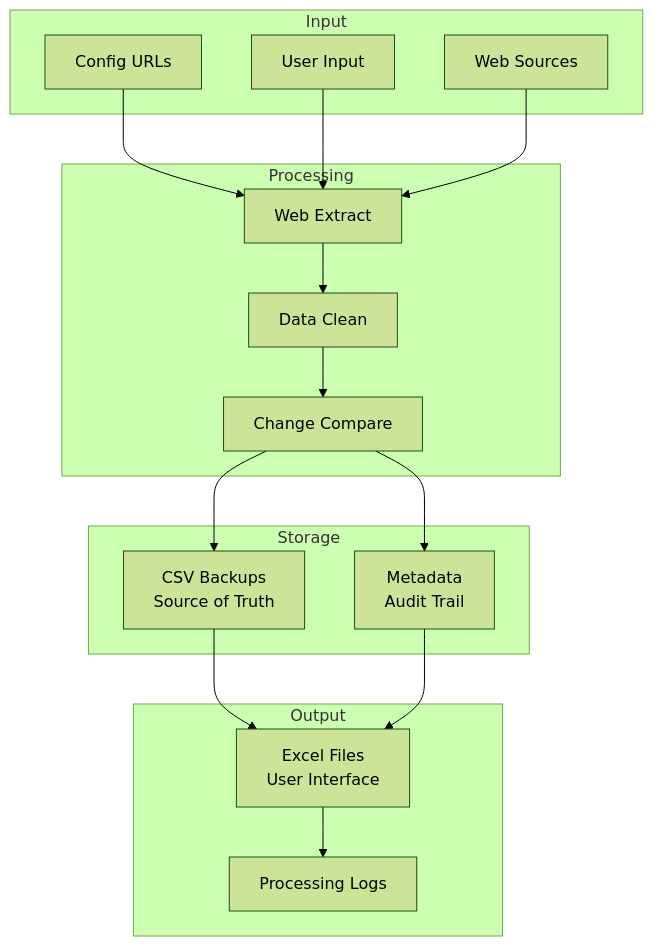
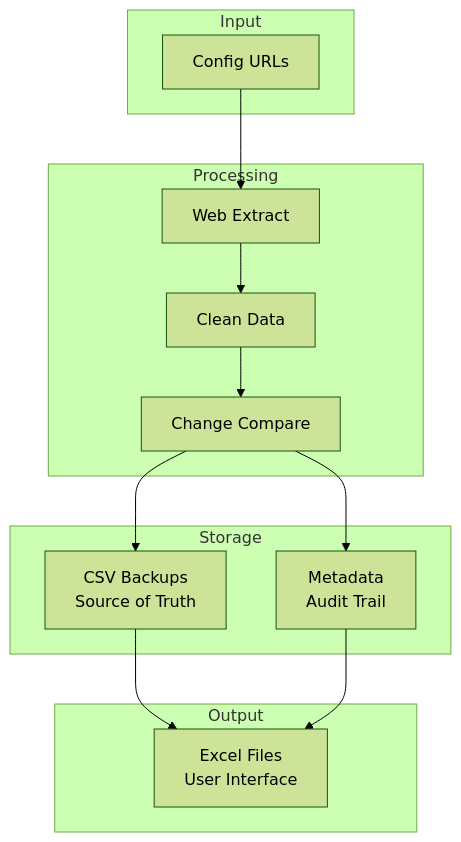
Before and after one commit to shelly-nas/verra-relo: the second of 2 diagrams in FUNCTIONAL_DESIGN.md, drawn with Mermaid (forest theme).

Commit message:
fix: Update flowchart labels for clarity in functional design document

````diff
--- a/FUNCTIONAL_DESIGN.md
+++ b/FUNCTIONAL_DESIGN.md
@@ -169,39 +169,32 @@
 ```mermaid
 flowchart TD
     A[Config URLs] --> D[Web Extract]
-    B[User Input] --> D
-    C[Web Sources] --> D
 
-    D --> E[Data Clean]
+    D --> E[Clean Data]
     E --> F[Change Compare]
 
     F --> G[CSV Backups<br/>Source of Truth]
     F --> H[Metadata<br/>Audit Trail]
 
     G --> I[Excel Files<br/>User Interface]
     H --> I
 
-    I --> J[Processing Logs]
-
     subgraph Input
         A
-        B
-        C
     end
 
     subgraph Processing
         D
         E
         F
     end
 
     subgraph Storage
         G
         H
     end
 
     subgraph Output
         I
-        J
     end
 ```
````
